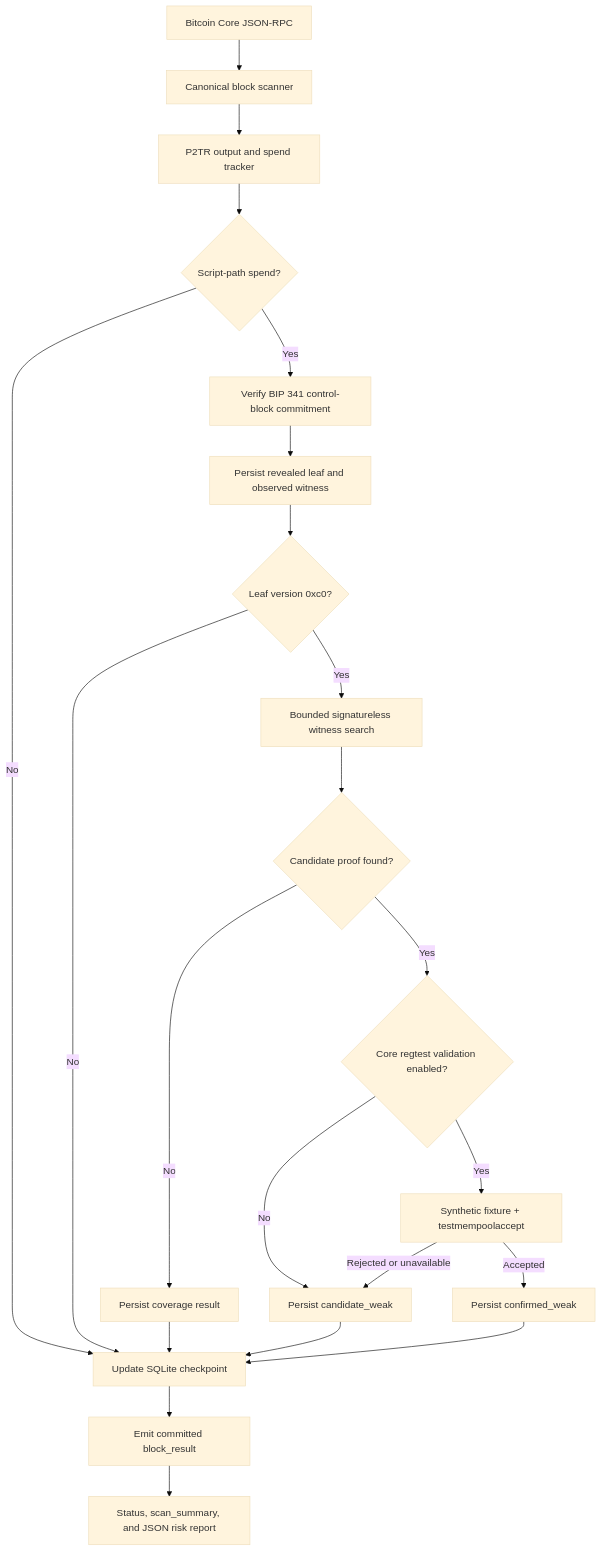
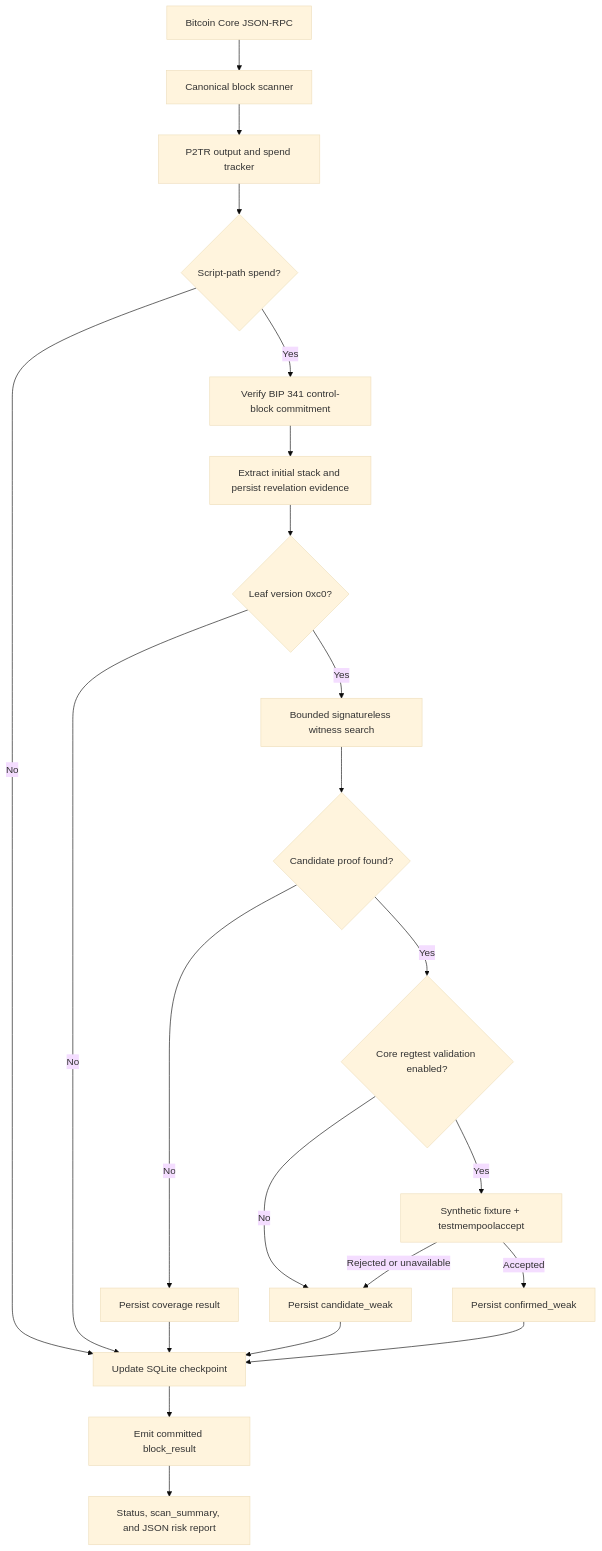
One commit to smallyunet/tapscript_weak_finder changed the first of 2 diagrams in docs/architecture.md. Above: the diagram before and after it, drawn with Mermaid (base theme). The commit also changed other lines of this file and 5 other files, not shown here.

````diff
--- a/docs/architecture.md
+++ b/docs/architecture.md
@@ -19,24 +19,24 @@
 ```mermaid
 flowchart TD
     A["Bitcoin Core JSON-RPC"] --> B["Canonical block scanner"]
     B --> C["P2TR output and spend tracker"]
     C --> D{"Script-path spend?"}
     D -- "No" --> E["Update SQLite checkpoint"]
     D -- "Yes" --> F["Verify BIP 341 control-block commitment"]
-    F --> G["Persist revealed leaf and observed witness"]
+    F --> G["Extract initial stack and persist revelation evidence"]
     G --> H{"Leaf version 0xc0?"}
     H -- "No" --> E
     H -- "Yes" --> I["Bounded signatureless witness search"]
     I --> J{"Candidate proof found?"}
     J -- "No" --> K["Persist coverage result"]
     J -- "Yes" --> V{"Core regtest validation enabled?"}
     V -- "No" --> CAND["Persist candidate_weak"]
     V -- "Yes" --> CORE["Synthetic fixture + testmempoolaccept"]
     CORE -- "Accepted" --> CONF["Persist confirmed_weak"]
     CORE -- "Rejected or unavailable" --> CAND
     K --> E
     CAND --> E
     CONF --> E
     E --> O["Emit committed block_result"]
     O --> L["Status, scan_summary, and JSON risk report"]
 ```
````
